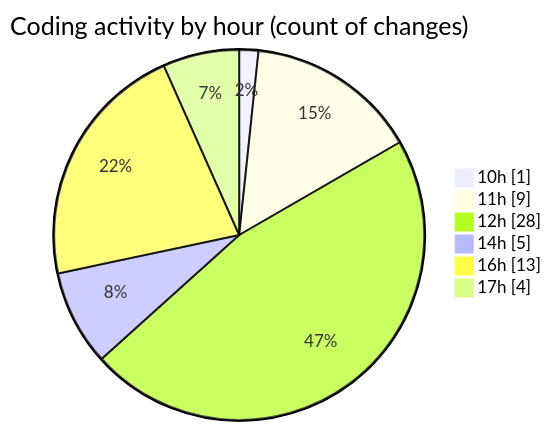
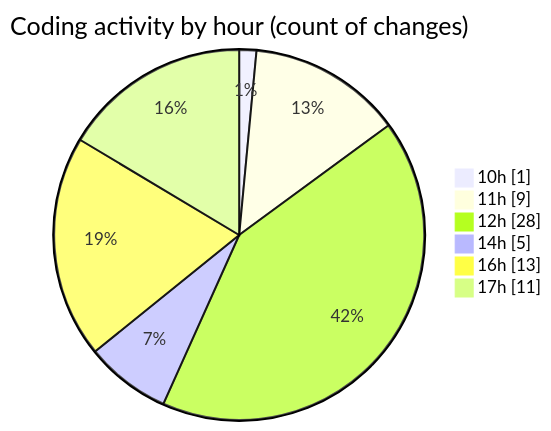
One commit to nxtqubesakshisongat/code-tracking changed the second of 2 diagrams in 2025-07-10/argos/README.md. Above: the diagram before and after it, drawn with Mermaid. The commit also changed other lines of this file and 1 other file, not shown here.

````diff
--- a/2025-07-10/argos/README.md
+++ b/2025-07-10/argos/README.md
@@ -34,10 +34,10 @@
 ```mermaid
 pie showData
 title Coding activity by hour (count of changes)
 "10h" : 1
 "11h" : 9
 "12h" : 28
 "14h" : 5
 "16h" : 13
-"17h" : 4
+"17h" : 11
 ```
````
